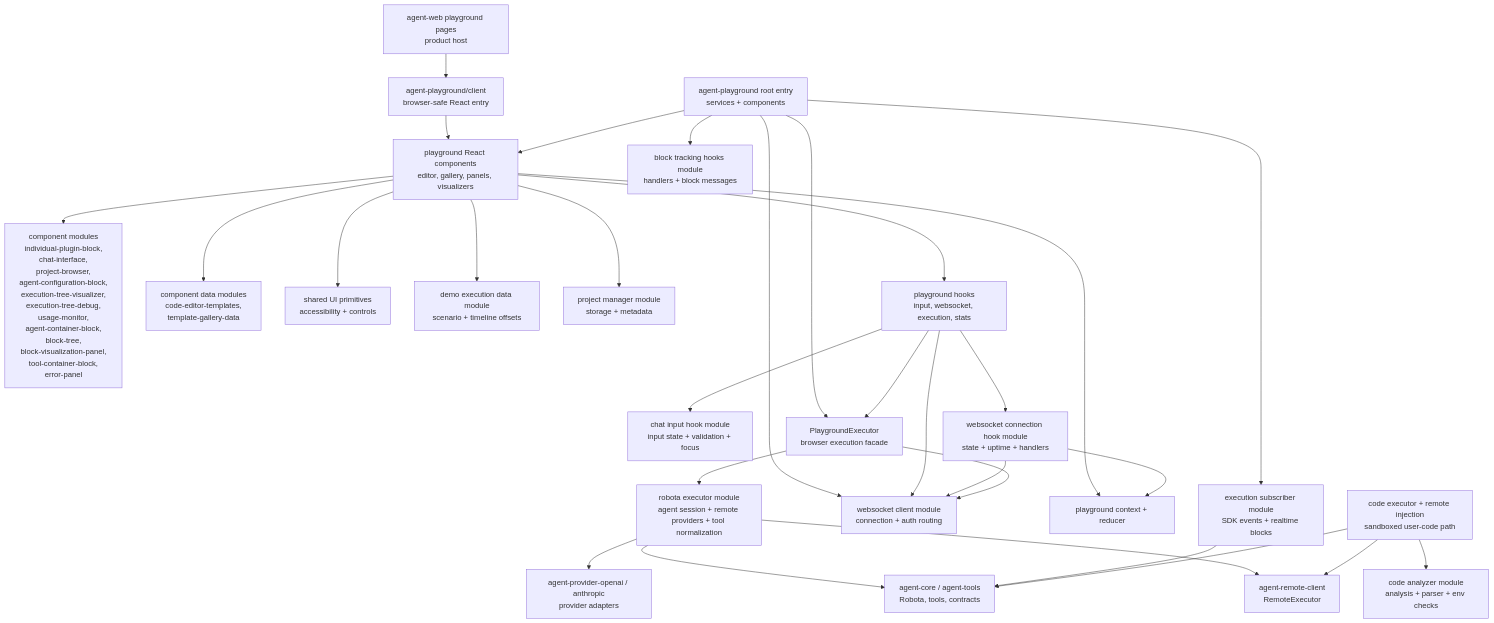
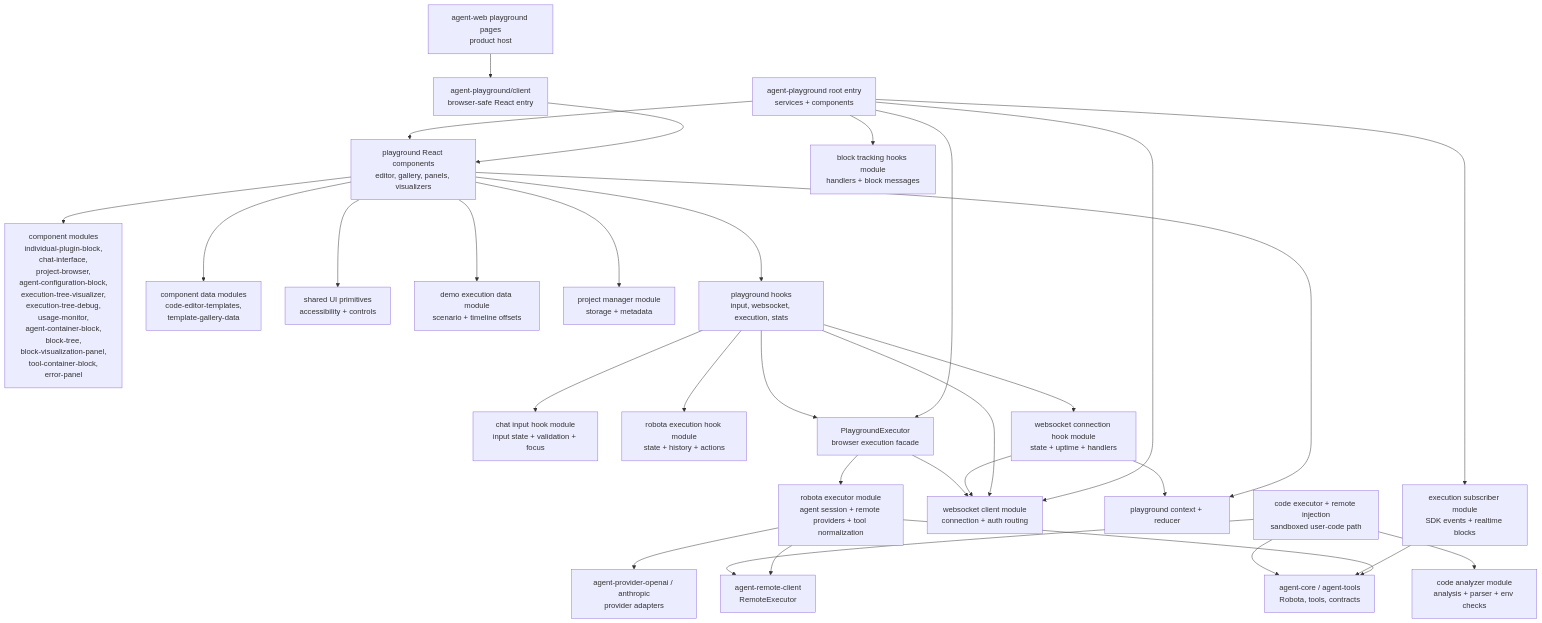
The third of 6 diagrams in .agents/specs/ARCHITECTURE-MAP.md (woojubb/robota), drawn with Mermaid before and after one commit. The commit also changed other lines of this file and 22 other files, not shown here.

First line of the commit message:
refactor(playground): split robota execution hook (#275)

````diff
--- a/.agents/specs/ARCHITECTURE-MAP.md
+++ b/.agents/specs/ARCHITECTURE-MAP.md
@@ -122,56 +122,58 @@
 ```mermaid
 flowchart TD
   AgentWeb["agent-web playground pages\nproduct host"]
   ClientEntry["agent-playground/client\nbrowser-safe React entry"]
   RootEntry["agent-playground root entry\nservices + components"]
   Components["playground React components\neditor, gallery, panels, visualizers"]
   ComponentModules["component modules\nindividual-plugin-block,\nchat-interface,\nproject-browser,\nagent-configuration-block,\nexecution-tree-visualizer,\nexecution-tree-debug,\nusage-monitor,\nagent-container-block,\nblock-tree,\nblock-visualization-panel,\ntool-container-block,\nerror-panel"]
   ComponentData["component data modules\ncode-editor-templates,\ntemplate-gallery-data"]
   UiPrimitives["shared UI primitives\naccessibility + controls"]
   DemoData["demo execution data module\nscenario + timeline offsets"]
   ProjectManager["project manager module\nstorage + metadata"]
   BlockHooks["block tracking hooks module\nhandlers + block messages"]
   ExecutionSubscriber["execution subscriber module\nSDK events + realtime blocks"]
   WebSocketClient["websocket client module\nconnection + auth routing"]
   ChatInputHook["chat input hook module\ninput state + validation + focus"]
+  RobotaExecutionHook["robota execution hook module\nstate + history + actions"]
   WebSocketHook["websocket connection hook module\nstate + uptime + handlers"]
   Hooks["playground hooks\ninput, websocket, execution, stats"]
   Context["playground context + reducer"]
   Executor["PlaygroundExecutor\nbrowser execution facade"]
   ExecutorModule["robota executor module\nagent session + remote providers + tool normalization"]
   RemoteInjection["code executor + remote injection\nsandboxed user-code path"]
   CodeAnalyzer["code analyzer module\nanalysis + parser + env checks"]
   RemoteClient["agent-remote-client\nRemoteExecutor"]
   Core["agent-core / agent-tools\nRobota, tools, contracts"]
   Providers["agent-provider-openai / anthropic\nprovider adapters"]
 
   AgentWeb --> ClientEntry
   ClientEntry --> Components
   RootEntry --> Components
   RootEntry --> Executor
   RootEntry --> BlockHooks
   RootEntry --> ExecutionSubscriber
   RootEntry --> WebSocketClient
   Components --> ComponentModules
   Components --> ComponentData
   Components --> UiPrimitives
   Components --> DemoData
   Components --> ProjectManager
   Components --> Hooks
   Components --> Context
   Hooks --> ChatInputHook
+  Hooks --> RobotaExecutionHook
   Hooks --> WebSocketHook
   Hooks --> Executor
   Hooks --> WebSocketClient
   WebSocketHook --> Context
   WebSocketHook --> WebSocketClient
   RemoteInjection --> CodeAnalyzer
   Executor --> WebSocketClient
   Executor --> ExecutorModule
   ExecutorModule --> RemoteClient
   ExecutorModule --> Core
   ExecutorModule --> Providers
   ExecutionSubscriber --> Core
   RemoteInjection --> RemoteClient
   RemoteInjection --> Core
 ```
````
